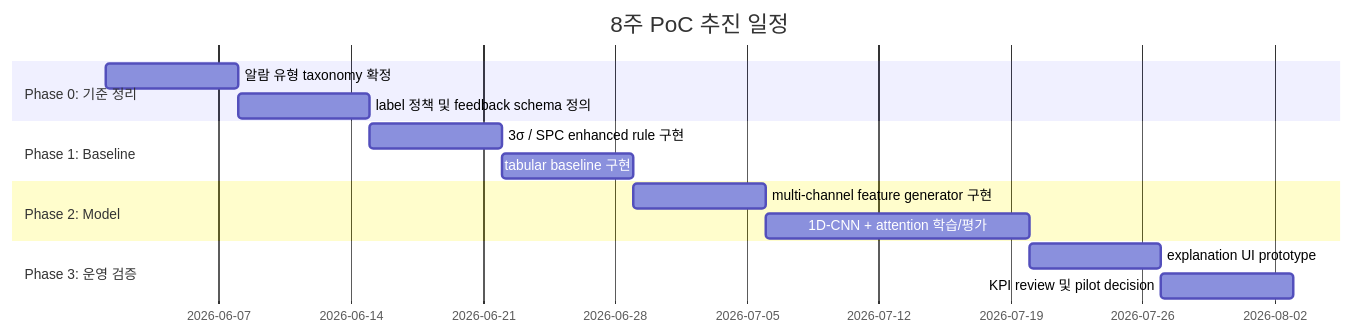
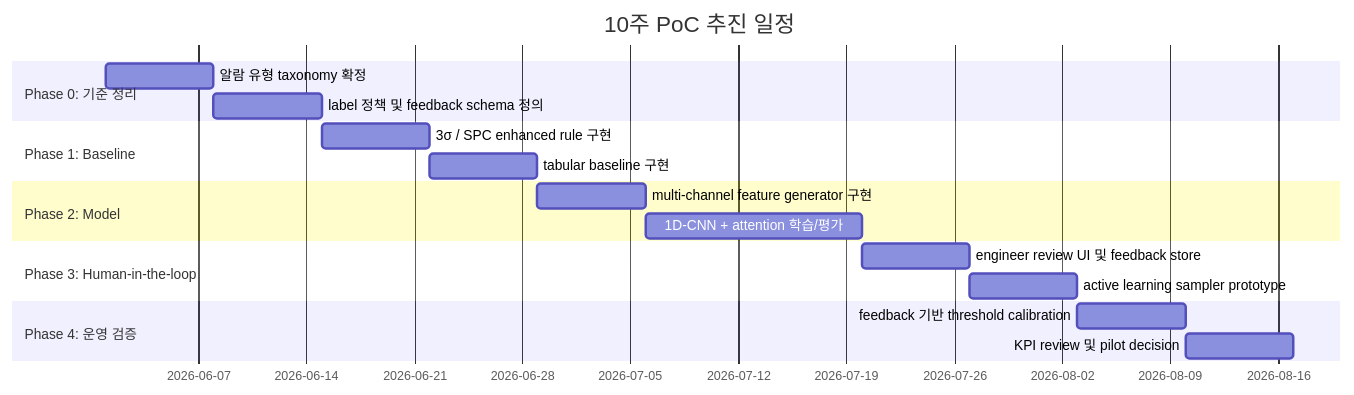
The ninth of 9 diagrams in presentation.md (mangotengcherry/trend_detect), drawn with Mermaid before and after one commit. The commit also changed other lines of this file, not shown here.

Commit message:
Add human-in-the-loop active learning process

````diff
--- a/presentation.md
+++ b/presentation.md
@@ -263,17 +392,20 @@
 ```mermaid
 gantt
-    title 8주 PoC 추진 일정
+    title 10주 PoC 추진 일정
     dateFormat  YYYY-MM-DD
     section Phase 0: 기준 정리
-    알람 유형 taxonomy 확정           :a1, 2026-06-01, 7d
-    label 정책 및 feedback schema 정의 :a2, after a1, 7d
+    알람 유형 taxonomy 확정              :a1, 2026-06-01, 7d
+    label 정책 및 feedback schema 정의    :a2, after a1, 7d
     section Phase 1: Baseline
-    3σ / SPC enhanced rule 구현        :b1, after a2, 7d
-    tabular baseline 구현              :b2, after b1, 7d
+    3σ / SPC enhanced rule 구현           :b1, after a2, 7d
+    tabular baseline 구현                 :b2, after b1, 7d
     section Phase 2: Model
-    multi-channel feature generator 구현 :c1, after b2, 7d
-    1D-CNN + attention 학습/평가        :c2, after c1, 14d
-    section Phase 3: 운영 검증
-    explanation UI prototype           :d1, after c2, 7d
-    KPI review 및 pilot decision        :d2, after d1, 7d
+    multi-channel feature generator 구현   :c1, after b2, 7d
+    1D-CNN + attention 학습/평가           :c2, after c1, 14d
+    section Phase 3: Human-in-the-loop
+    engineer review UI 및 feedback store   :d1, after c2, 7d
+    active learning sampler prototype      :d2, after d1, 7d
+    section Phase 4: 운영 검증
+    feedback 기반 threshold calibration    :e1, after d2, 7d
+    KPI review 및 pilot decision           :e2, after e1, 7d
 ```
````
